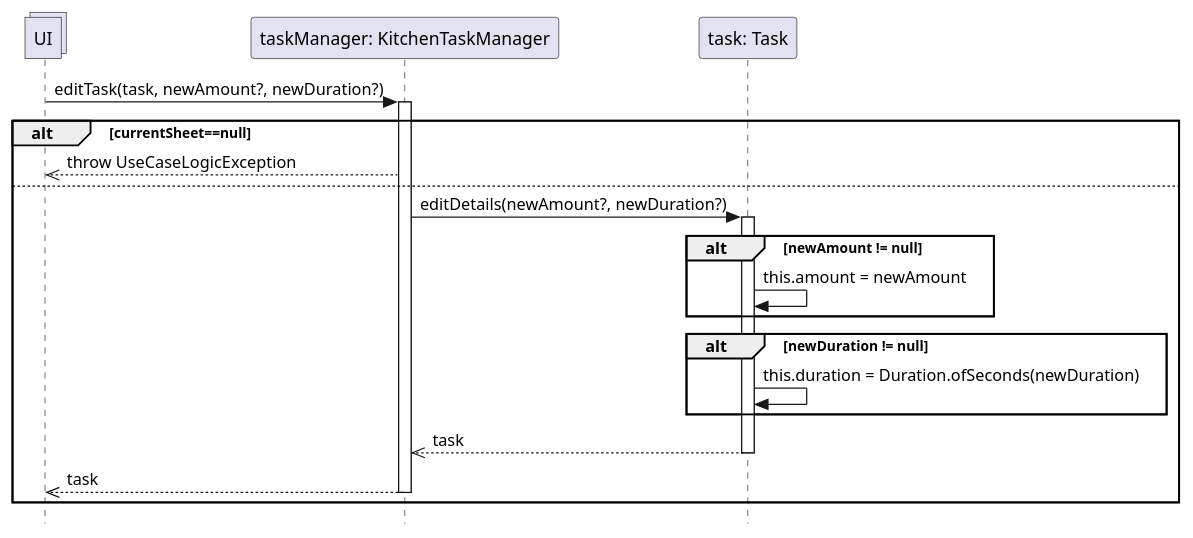
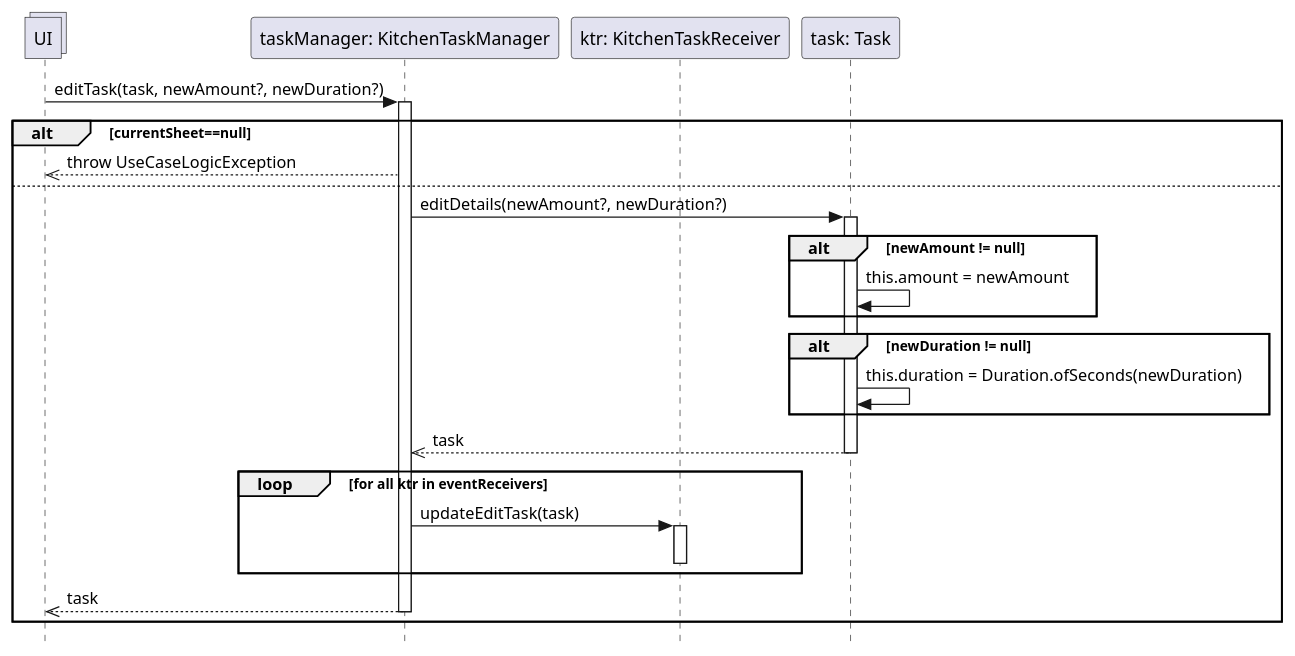
Before and after one commit to stefa168/sas-project: the diagram in DSD Operazione 5.puml, drawn with PlantUML. The commit also changed 5 other files, not shown here.

```diff
--- a/DSD Operazione 5.puml
+++ b/DSD Operazione 5.puml
@@ -1,36 +1,41 @@
 @startuml Operazione 5
 skinparam Style strictuml
 
 collections UI
 
 participant "taskManager: KitchenTaskManager" as tm
+    participant "ktr: KitchenTaskReceiver" as ktr
+
 UI -> tm: editTask(task, newAmount?, newDuration?)
 activate tm
 
 participant "task: Task" as task
 
 alt currentSheet==null
     UI <<-- tm: throw UseCaseLogicException
 else
     tm -> task: editDetails(newAmount?, newDuration?)
     activate task
 
     alt newAmount != null
         task -> task: this.amount = newAmount
     end
 
     alt newDuration != null
         task -> task: this.duration = Duration.ofSeconds(newDuration)
     end
 
     tm <<--task: task
     deactivate task
 
+    loop for all ktr in eventReceivers
+        tm -> ktr : updateEditTask(task)
+        activate ktr
+        deactivate ktr
+    end
+
     UI <<-- tm: task
     deactivate tm
 
 end
-
-deactivate tm
-
 @enduml
```
